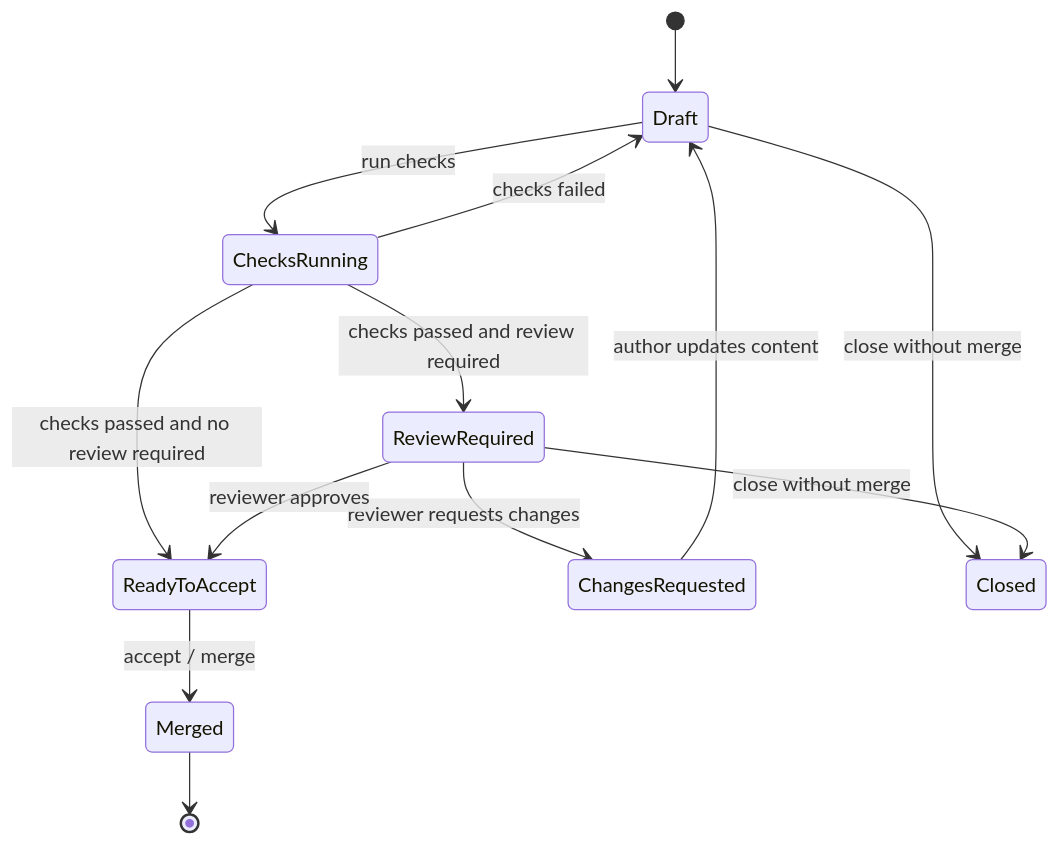
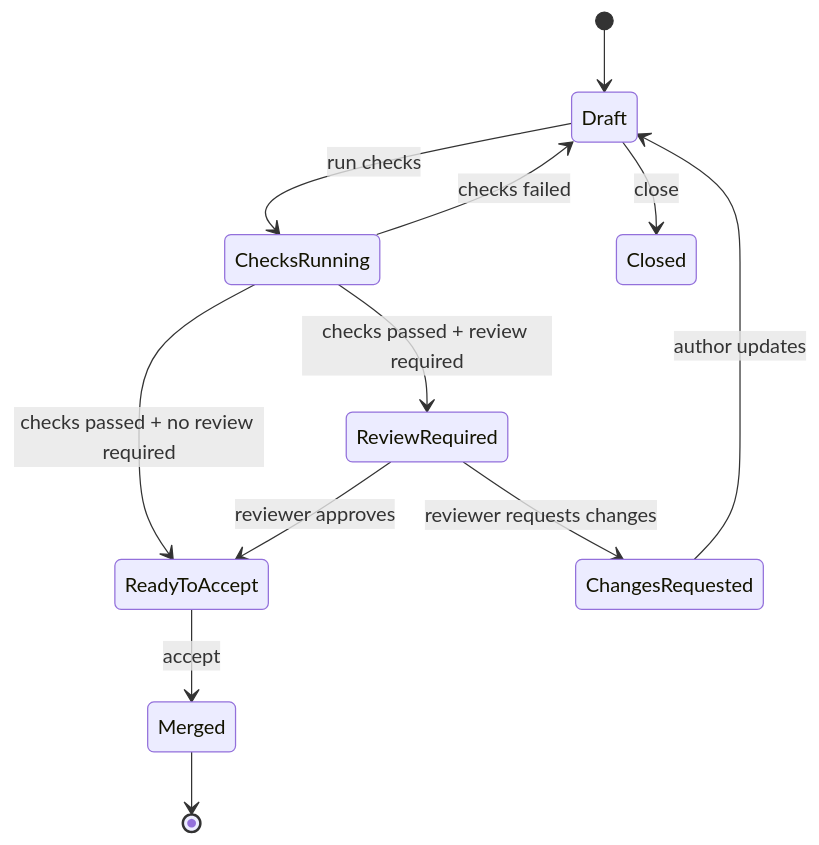
Before and after one commit to DeltaZulu-OU/DeltaZulu.Platform: the second of 3 diagrams in docs/ARCHITECTURE.md, drawn with Mermaid. The commit also changed other lines of this file and 11 other files, not shown here.

````diff
--- a/docs/ARCHITECTURE.md
+++ b/docs/ARCHITECTURE.md
@@ -243,15 +76,14 @@
 ```mermaid
 stateDiagram-v2
     [*] --> Draft
     Draft --> ChecksRunning: run checks
     ChecksRunning --> Draft: checks failed
-    ChecksRunning --> ReviewRequired: checks passed and review required
-    ChecksRunning --> ReadyToAccept: checks passed and no review required
+    ChecksRunning --> ReviewRequired: checks passed + review required
+    ChecksRunning --> ReadyToAccept: checks passed + no review required
     ReviewRequired --> ChangesRequested: reviewer requests changes
-    ChangesRequested --> Draft: author updates content
+    ChangesRequested --> Draft: author updates
     ReviewRequired --> ReadyToAccept: reviewer approves
-    ReadyToAccept --> Merged: accept / merge
+    ReadyToAccept --> Merged: accept
     Merged --> [*]
-    Draft --> Closed: close without merge
-    ReviewRequired --> Closed: close without merge
+    Draft --> Closed: close
 ```
````
